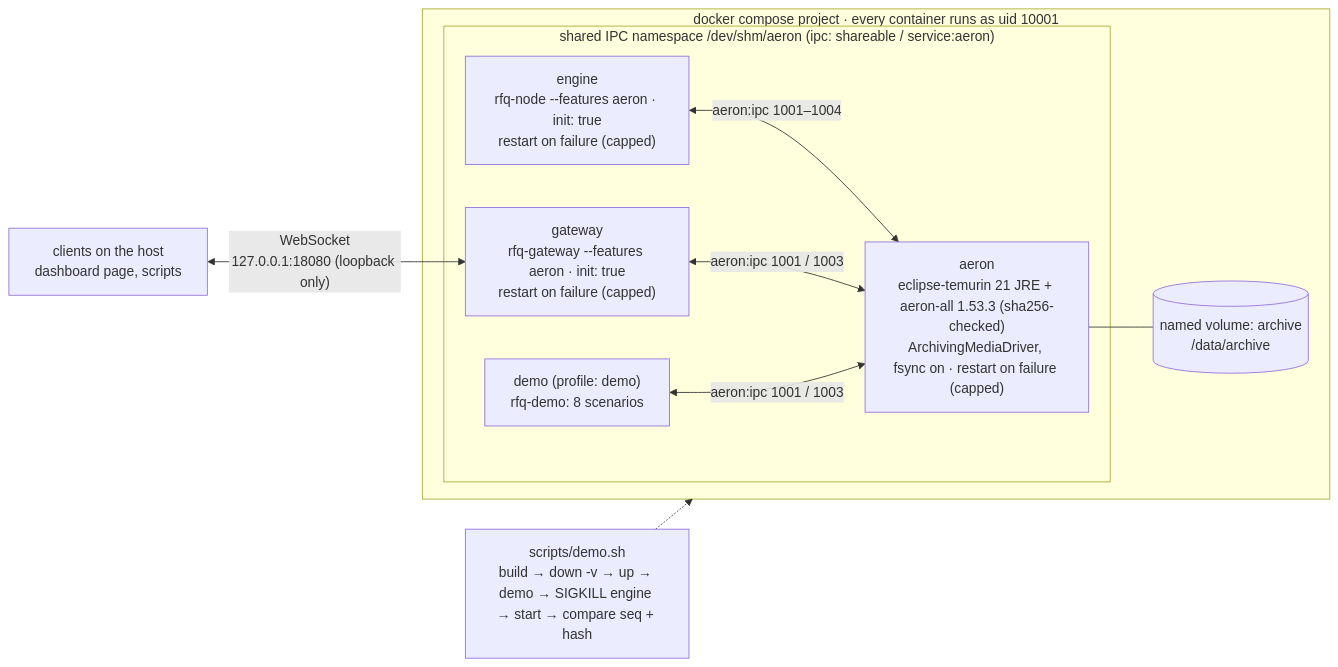
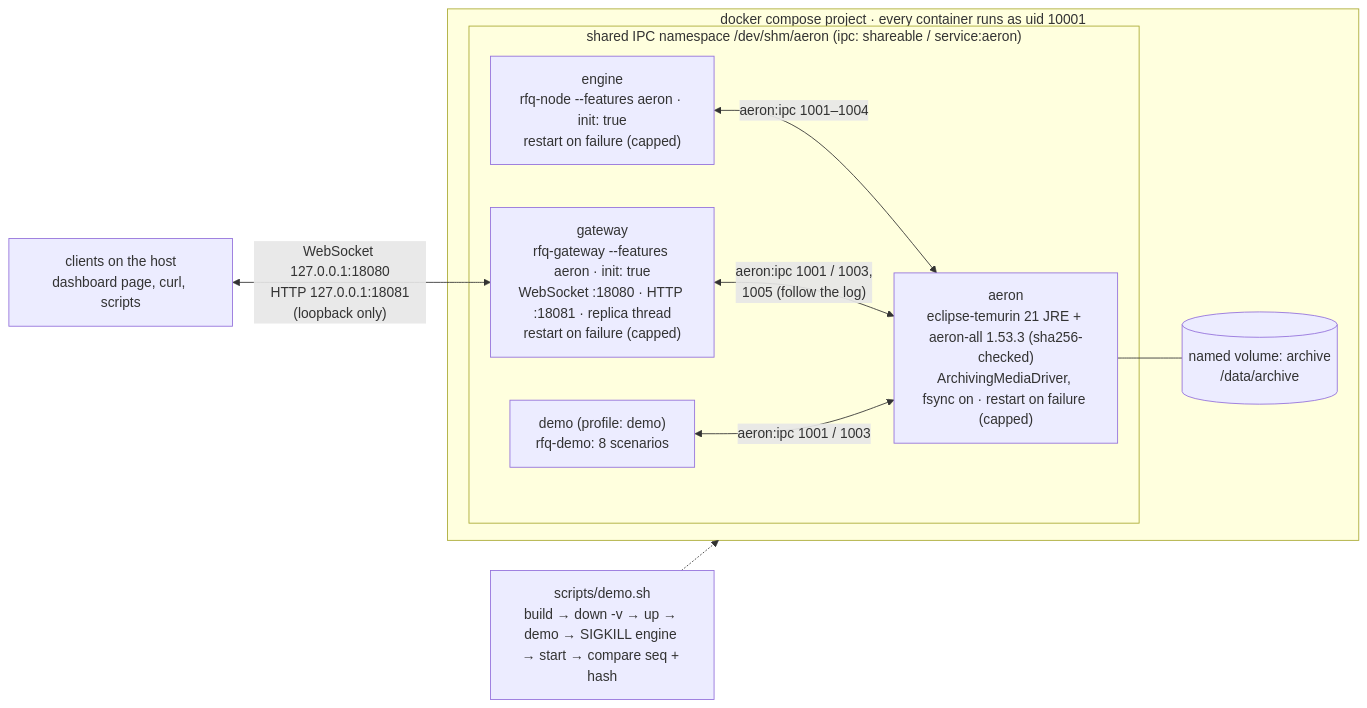
One commit to hmdsefi/rfq changed the sixth of 8 diagrams in docs/architecture/overview.md. Above: the diagram before and after it, drawn with Mermaid. The commit also changed other lines of this file and 9 other files, not shown here.

Commit message:
docs: the read side and HTTP API in the README, architecture and specs

````diff
--- a/docs/architecture/overview.md
+++ b/docs/architecture/overview.md
@@ -185,18 +220,18 @@
 ```mermaid
 flowchart LR
   subgraph PROJ["docker compose project · every container runs as uid 10001"]
     subgraph SHM["shared IPC namespace /dev/shm/aeron (ipc: shareable / service:aeron)"]
       AE["aeron<br/>eclipse-temurin 21 JRE + aeron-all 1.53.3 (sha256-checked)<br/>ArchivingMediaDriver, fsync on · restart on failure (capped)"]
       EN["engine<br/>rfq-node --features aeron · init: true<br/>restart on failure (capped)"]
-      GWS["gateway<br/>rfq-gateway --features aeron · init: true<br/>restart on failure (capped)"]
+      GWS["gateway<br/>rfq-gateway --features aeron · init: true<br/>WebSocket :18080 · HTTP :18081 · replica thread<br/>restart on failure (capped)"]
       DE["demo (profile: demo)<br/>rfq-demo: 8 scenarios"]
     end
     VOL[("named volume: archive<br/>/data/archive")]
   end
   AE --- VOL
   EN <-->|"aeron:ipc 1001–1004"| AE
-  GWS <-->|"aeron:ipc 1001 / 1003"| AE
-  CLI["clients on the host<br/>dashboard page, scripts"] <-->|"WebSocket<br/>127.0.0.1:18080 (loopback only)"| GWS
+  GWS <-->|"aeron:ipc 1001 / 1003,<br/>1005 (follow the log)"| AE
+  CLI["clients on the host<br/>dashboard page, curl, scripts"] <-->|"WebSocket 127.0.0.1:18080<br/>HTTP 127.0.0.1:18081<br/>(loopback only)"| GWS
   DE <-->|"aeron:ipc 1001 / 1003"| AE
   SCRIPT["scripts/demo.sh<br/>build → down -v → up → demo → SIGKILL engine → start → compare seq + hash"] -.-> PROJ
 ```
````
